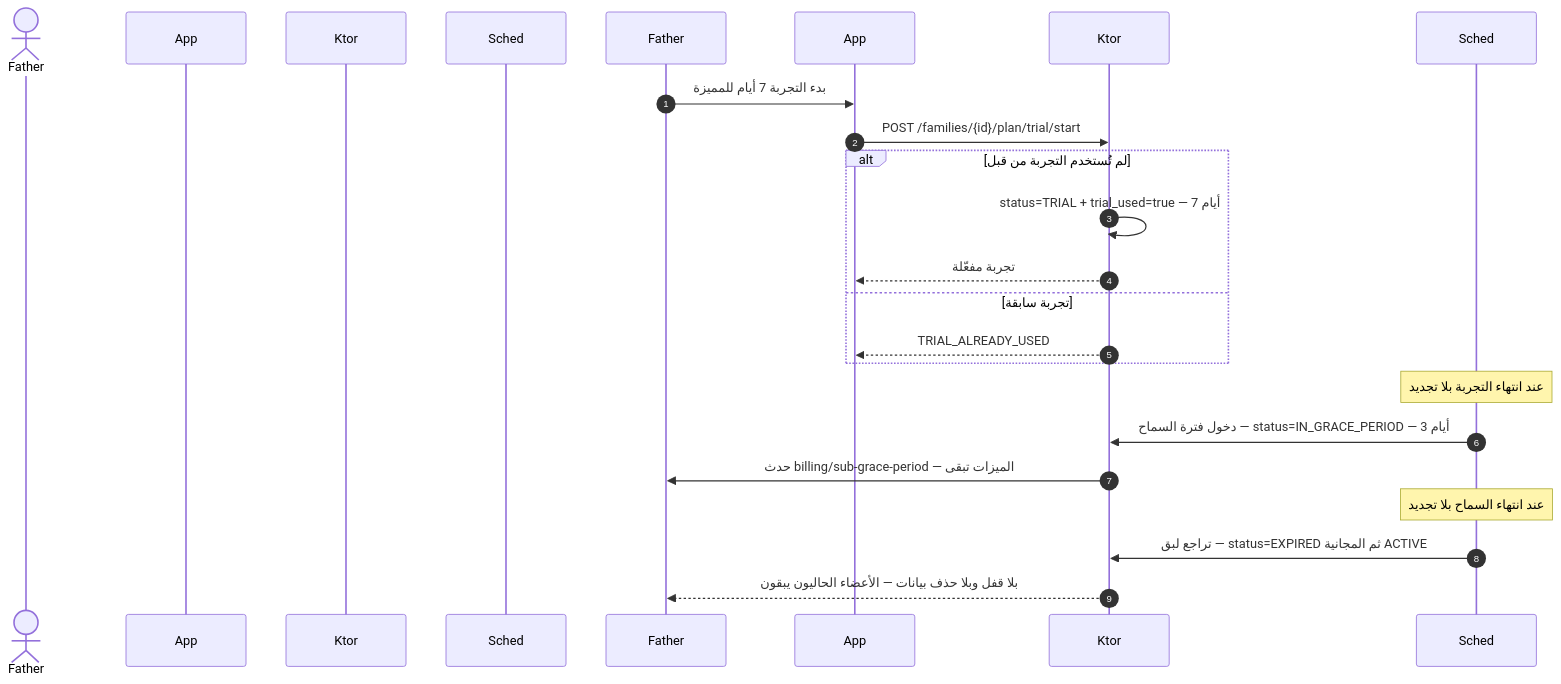
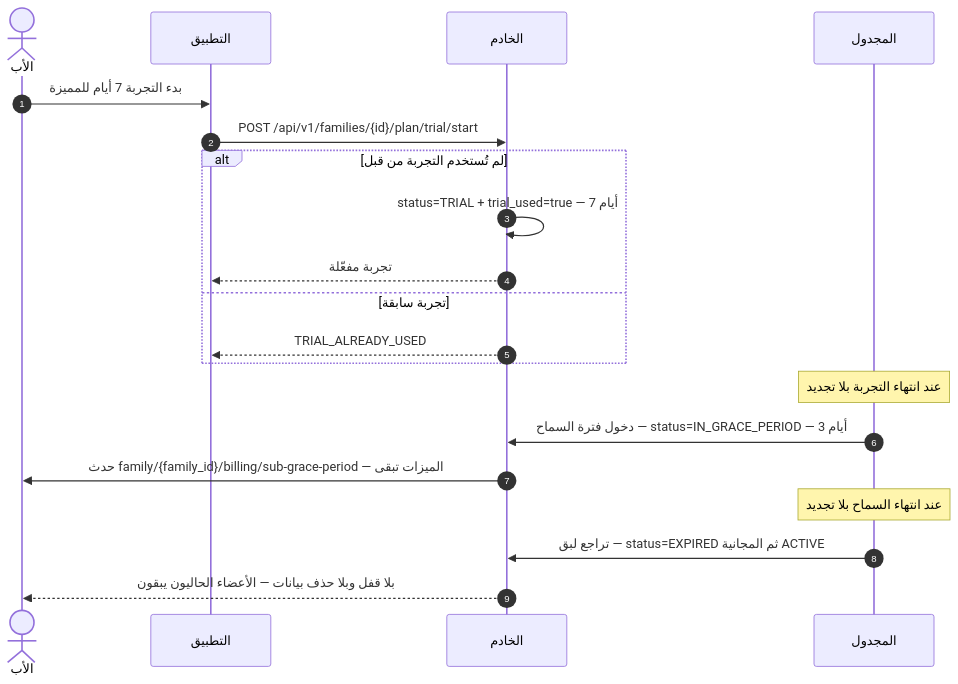
The sixth of 10 diagrams in docs/family-os/governance/phases/phase-1/S1-04-plans-and-subscriptions/DIAGRAMS.md (Bassam-mohammed-alqaeadi/family-os-v2), drawn with Mermaid before and after one commit. The commit also changed other lines of this file and 10 other files, not shown here.

Commit message:
إغلاق المراجعة الشاملة R1–R5 (Q-196…Q-231) — المخططات DIAGRAMS + خريطة السياق (2/4)

````diff
--- a/docs/family-os/governance/phases/phase-1/S1-04-plans-and-subscriptions/DIAGRAMS.md
+++ b/docs/family-os/governance/phases/phase-1/S1-04-plans-and-subscriptions/DIAGRAMS.md
@@ -261,22 +261,22 @@
 ```mermaid
 sequenceDiagram
     autonumber
-    actor الأب as Father
-    participant التطبيق as App
-    participant الخادم as Ktor
-    participant المجدول as Sched
+    actor Father as الأب
+    participant App as التطبيق
+    participant Ktor as الخادم
+    participant Sched as المجدول
     Father->>App: بدء التجربة 7 أيام للمميزة
-    App->>Ktor: POST /families/{id}/plan/trial/start
+    App->>Ktor: POST /api/v1/families/{id}/plan/trial/start
     alt لم تُستخدم التجربة من قبل
         Ktor->>Ktor: status=TRIAL + trial_used=true — 7 أيام
         Ktor-->>App: تجربة مفعّلة
     else تجربة سابقة
         Ktor-->>App: TRIAL_ALREADY_USED
     end
     Note over Sched: عند انتهاء التجربة بلا تجديد
     Sched->>Ktor: دخول فترة السماح — status=IN_GRACE_PERIOD — 3 أيام
-    Ktor->>Father: حدث billing/sub-grace-period — الميزات تبقى
+    Ktor->>Father: حدث family/{family_id}/billing/sub-grace-period — الميزات تبقى
     Note over Sched: عند انتهاء السماح بلا تجديد
     Sched->>Ktor: تراجع لبق — status=EXPIRED ثم المجانية ACTIVE
     Ktor-->>Father: بلا قفل وبلا حذف بيانات — الأعضاء الحاليون يبقون
 ```
````
